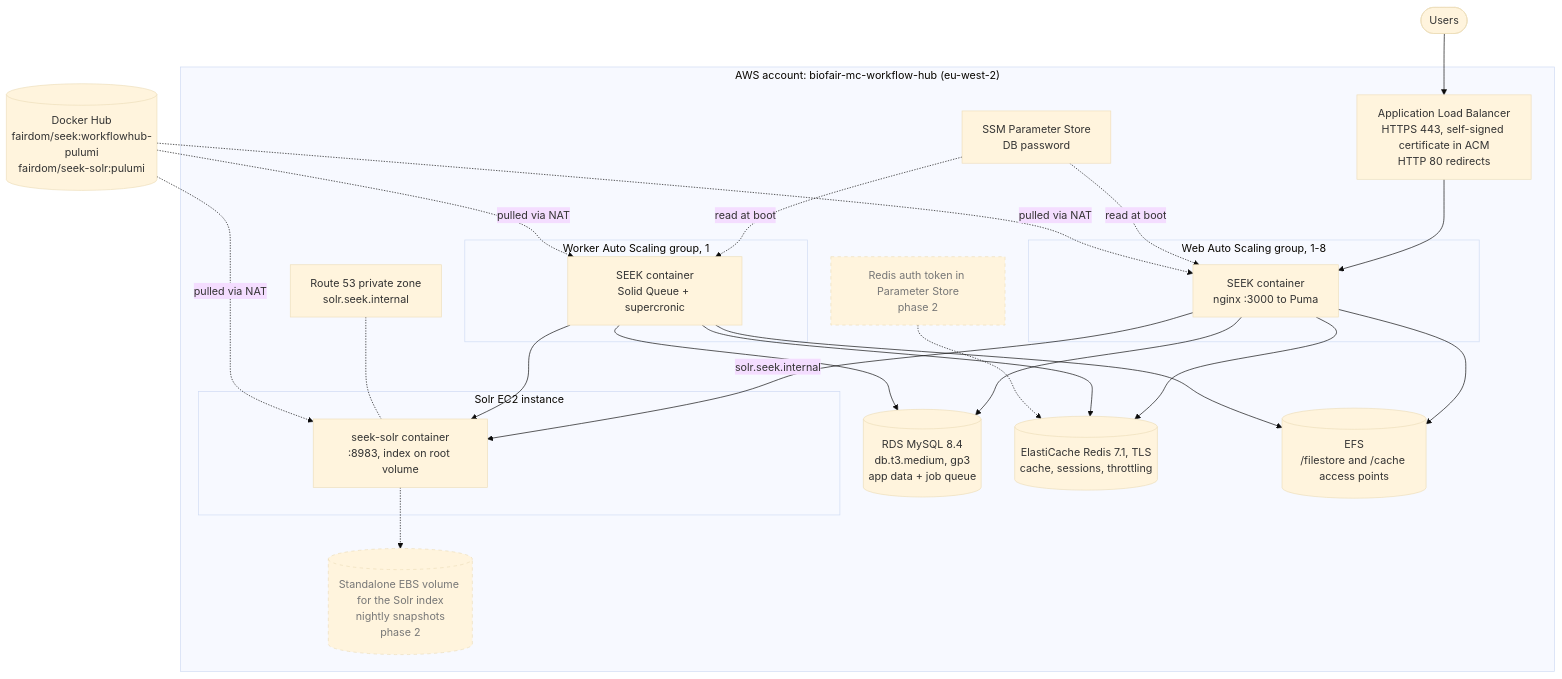
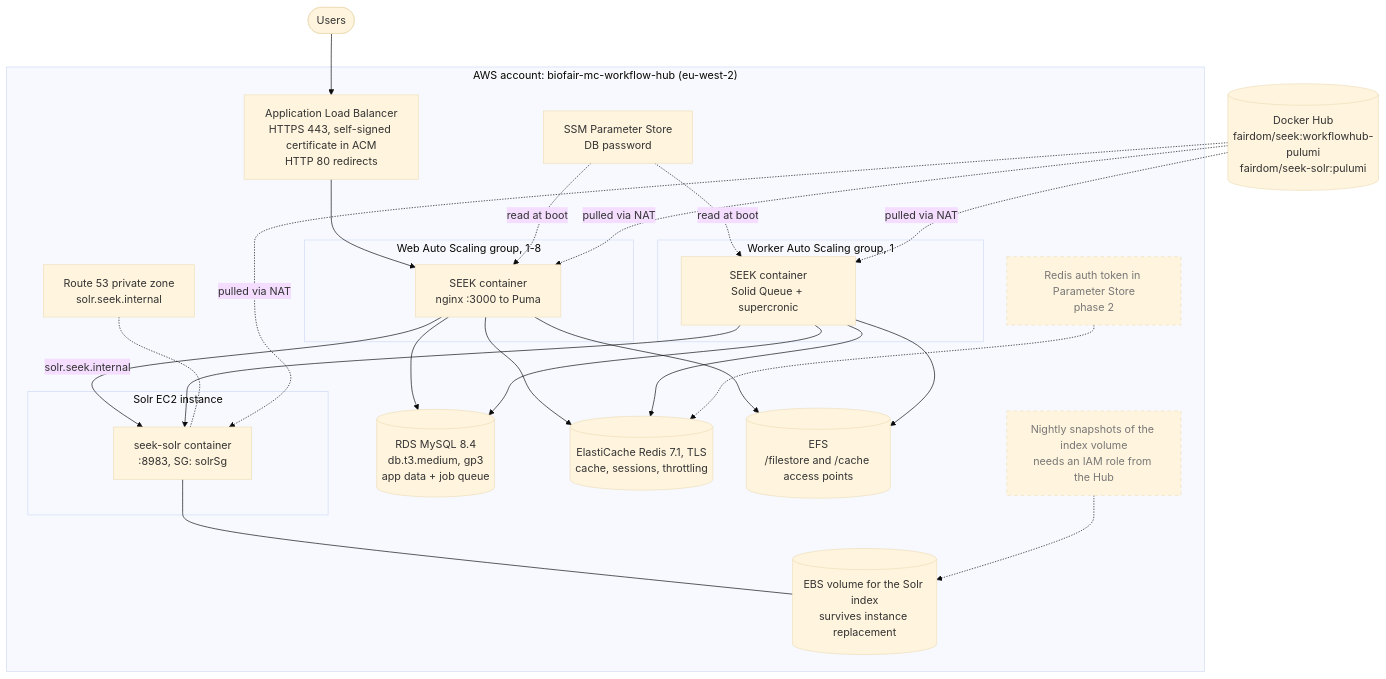
The second of 5 diagrams in docs/pulumi-architecture.md (seek4science/seek), drawn with Mermaid (base theme) before and after one commit. The commit also changed other lines of this file and 3 other files, not shown here.

First line of the commit message:
Document the durable Solr index and Solr isolation; extend phase 4

````diff
--- a/docs/pulumi-architecture.md
+++ b/docs/pulumi-architecture.md
@@ -62,49 +62,51 @@
 ```mermaid
 flowchart TB
     users(["Users"])
     hub[("Docker Hub<br/>fairdom/seek:workflowhub-pulumi<br/>fairdom/seek-solr:pulumi")]
 
     subgraph aws["AWS account: biofair-mc-workflow-hub (eu-west-2)"]
         alb["Application Load Balancer<br/>HTTPS 443, self-signed certificate in ACM<br/>HTTP 80 redirects"]
 
         subgraph webasg["Web Auto Scaling group, 1-8"]
             web["SEEK container<br/>nginx :3000 to Puma"]
         end
         subgraph workerasg["Worker Auto Scaling group, 1"]
             workers["SEEK container<br/>Solid Queue + supercronic"]
         end
         subgraph solrbox["Solr EC2 instance"]
-            solr["seek-solr container<br/>:8983, index on root volume"]
+            solr["seek-solr container<br/>:8983, SG: solrSg"]
         end
 
         privdns["Route 53 private zone<br/>solr.seek.internal"]
         rds[("RDS MySQL 8.4<br/>db.t3.medium, gp3<br/>app data + job queue")]
         redis[("ElastiCache Redis 7.1, TLS<br/>cache, sessions, throttling")]
         efs[("EFS<br/>/filestore and /cache access points")]
         params["SSM Parameter Store<br/>DB password"]
 
-        ebs[("Standalone EBS volume for the Solr index<br/>nightly snapshots<br/>phase 2")]
+        ebs[("EBS volume for the Solr index<br/>survives instance replacement")]
+        snaps["Nightly snapshots of the index volume<br/>needs an IAM role from the Hub"]
         token["Redis auth token in Parameter Store<br/>phase 2"]
     end
 
     users --> alb --> web
     web --> rds
     web --> redis
     web --> efs
     web -- "solr.seek.internal" --> solr
     workers --> rds
     workers --> redis
     workers --> efs
     workers --> solr
     privdns -.- solr
     params -. "read at boot" .-> web
     params -. "read at boot" .-> workers
     hub -. "pulled via NAT" .-> web
     hub -. "pulled via NAT" .-> workers
     hub -. "pulled via NAT" .-> solr
-    solr -.-> ebs
+    solr --- ebs
+    snaps -.-> ebs
     token -.-> redis
 
     classDef planned stroke-dasharray:5 5,color:#777
-    class ebs,token planned
+    class snaps,token planned
 ```
````
